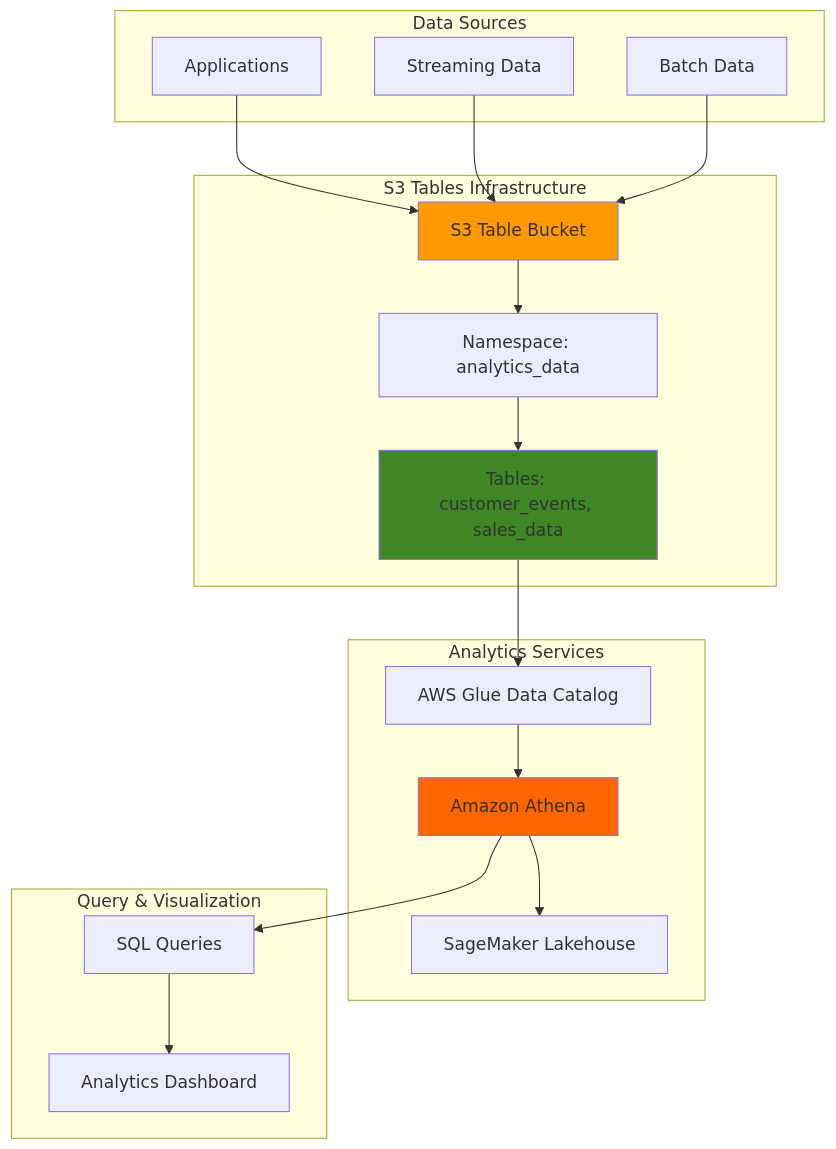
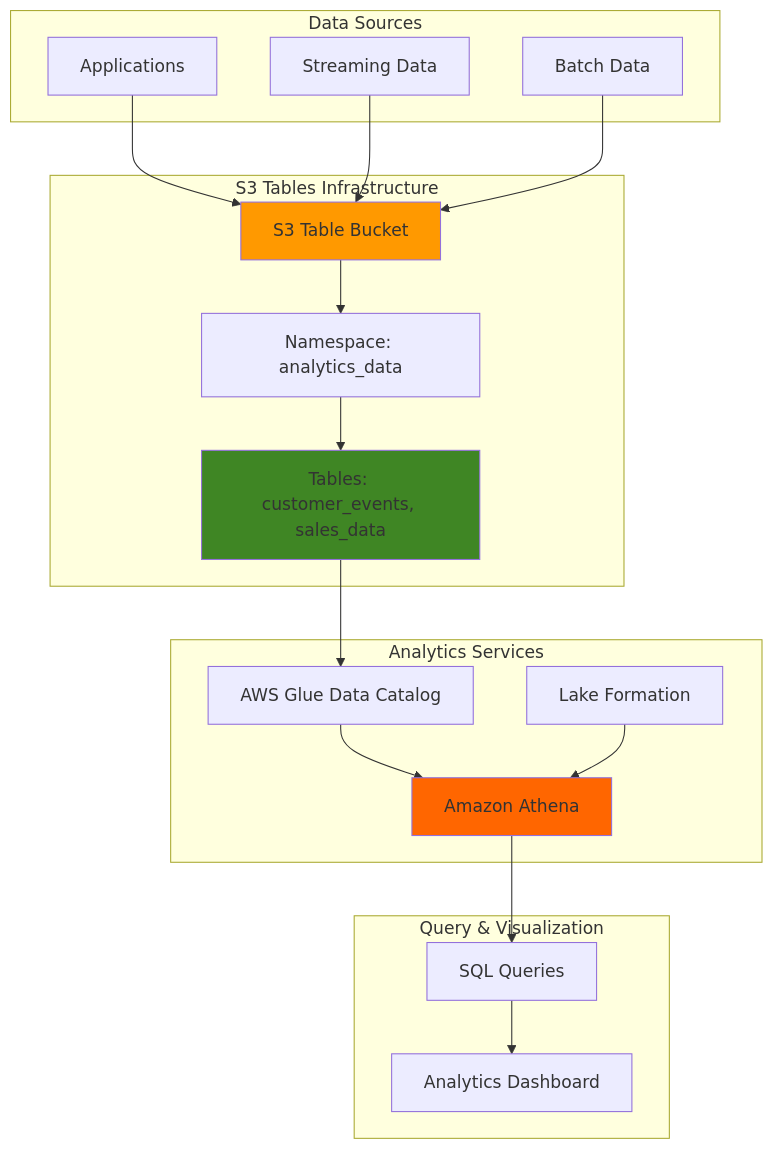
The diagram in aws/analytics-ready-s3-tables/analytics-ready-s3-tables.md (mzazon/awesome-cloud-projects), drawn with Mermaid before and after one commit. The commit also changed other lines of this file and 5581 other files, not shown here.

````diff
--- a/aws/analytics-ready-s3-tables/analytics-ready-s3-tables.md
+++ b/aws/analytics-ready-s3-tables/analytics-ready-s3-tables.md
@@ -30,43 +30,43 @@
 ```mermaid
 graph TB
     subgraph "Data Sources"
         APP[Applications]
         STREAM[Streaming Data]
         BATCH[Batch Data]
     end
     
     subgraph "S3 Tables Infrastructure"
         BUCKET[S3 Table Bucket]
         NAMESPACE[Namespace: analytics_data]
         TABLE[Tables: customer_events, sales_data]
     end
     
     subgraph "Analytics Services"
         ATHENA[Amazon Athena]
         GLUE[AWS Glue Data Catalog]
-        LAKE[SageMaker Lakehouse]
+        LAKE[Lake Formation]
     end
     
     subgraph "Query & Visualization"
         QUERY[SQL Queries]
         DASH[Analytics Dashboard]
     end
     
     APP-->BUCKET
     STREAM-->BUCKET
     BATCH-->BUCKET
     
     BUCKET-->NAMESPACE
     NAMESPACE-->TABLE
     
     TABLE-->GLUE
     GLUE-->ATHENA
-    ATHENA-->LAKE
+    LAKE-->ATHENA
     
     ATHENA-->QUERY
     QUERY-->DASH
     
     style BUCKET fill:#FF9900
     style TABLE fill:#3F8624
     style ATHENA fill:#FF6600
 ```
````
